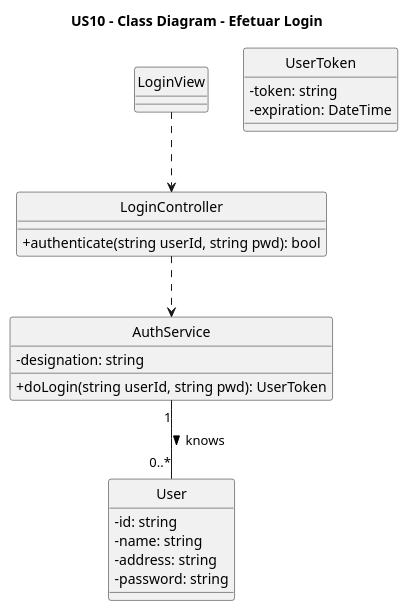
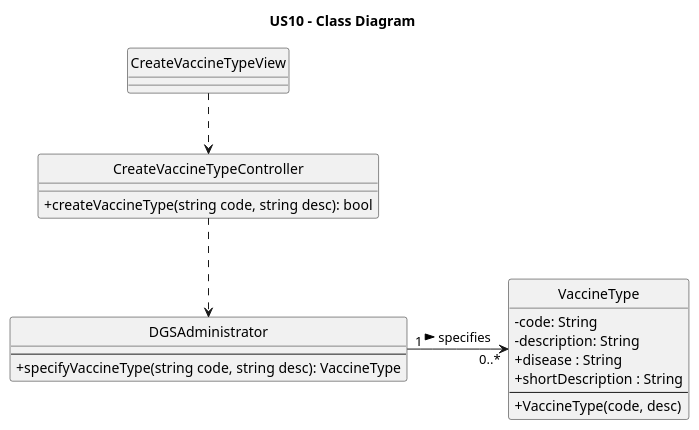
One commit to luluisfcm/leti-esoft-25-26-B5 changed the diagram in docs/system-documentation/US10/puml/US10-CD.puml. Above: the diagram before and after it, drawn with PlantUML. The commit also changed 8 other files, not shown here.

```diff
--- a/docs/system-documentation/US10/puml/US10-CD.puml
+++ b/docs/system-documentation/US10/puml/US10-CD.puml
@@ -1,43 +1,44 @@
 @startuml
-'https://plantuml.com/class-diagram
+' US10-CD.puml
+' Baseado na estrutura da imagem.png
 
+title US10 - Class Diagram
 hide circle
+
 skinparam classAttributeIconSize 0
+hide empty_methods
 
-title US10 - Class Diagram - Efetuar Login
-
-' ===== View =====
-class LoginView {
+' Mapeado de xxxxView
+class CreateVaccineTypeView {
 }
 
-' ===== Controller =====
-class LoginController {
-    +authenticate(string userId, string pwd): bool
+' Mapeado de xxxxController
+class CreateVaccineTypeController {
+    +createVaccineType(string code, string desc): bool
 }
 
-' ===== Class1 (serviço de domínio / aplicação) =====
-class AuthService {
-    -designation: string
-    +doLogin(string userId, string pwd): UserToken
+' Mapeado de Class1
+class DGSAdministrator {
+    ' Atributos herdados...
+    ---
+    +specifyVaccineType(string code, string desc): VaccineType
 }
 
-' ===== Class2 (entidade de domínio) =====
-class User {
-    -id: string
-    -name: string
-    -address: string
-    -password: string
+' Mapeado de Class2
+class VaccineType {
+    -code: String
+    -description: String
+    +disease : String
+    +shortDescription : String
+    ---
+    +VaccineType(code, desc)
 }
 
-' ===== Tipo de retorno =====
-class UserToken {
-    -token: string
-    -expiration: DateTime
-}
+' Dependências
+CreateVaccineTypeView ..> CreateVaccineTypeController
+CreateVaccineTypeController ..> DGSAdministrator
 
-' ===== Relações (iguais ao template) =====
-LoginView ..> LoginController
-LoginController ..> AuthService
-AuthService "1" -- "0..*" User : knows >
+' Associação "1 knows 0..*"
+DGSAdministrator "1" -> "0..*" VaccineType: specifies >
 
 @enduml
```
